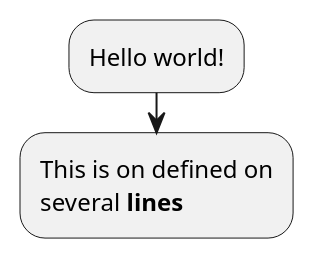
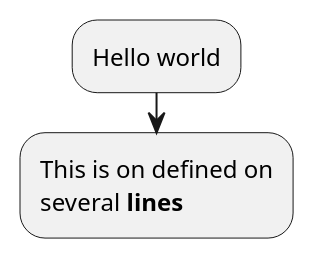
Before and after one commit to HowRuck/generate-plantuml-action: the diagram in example/sample-activity.pu, drawn with PlantUML.

```diff
--- a/example/sample-activity.pu
+++ b/example/sample-activity.pu
@@ -1,5 +1,5 @@
 @startuml
-:Hello world!;
+:Hello world;
 :This is on defined on
 several **lines**;
 @enduml
```
